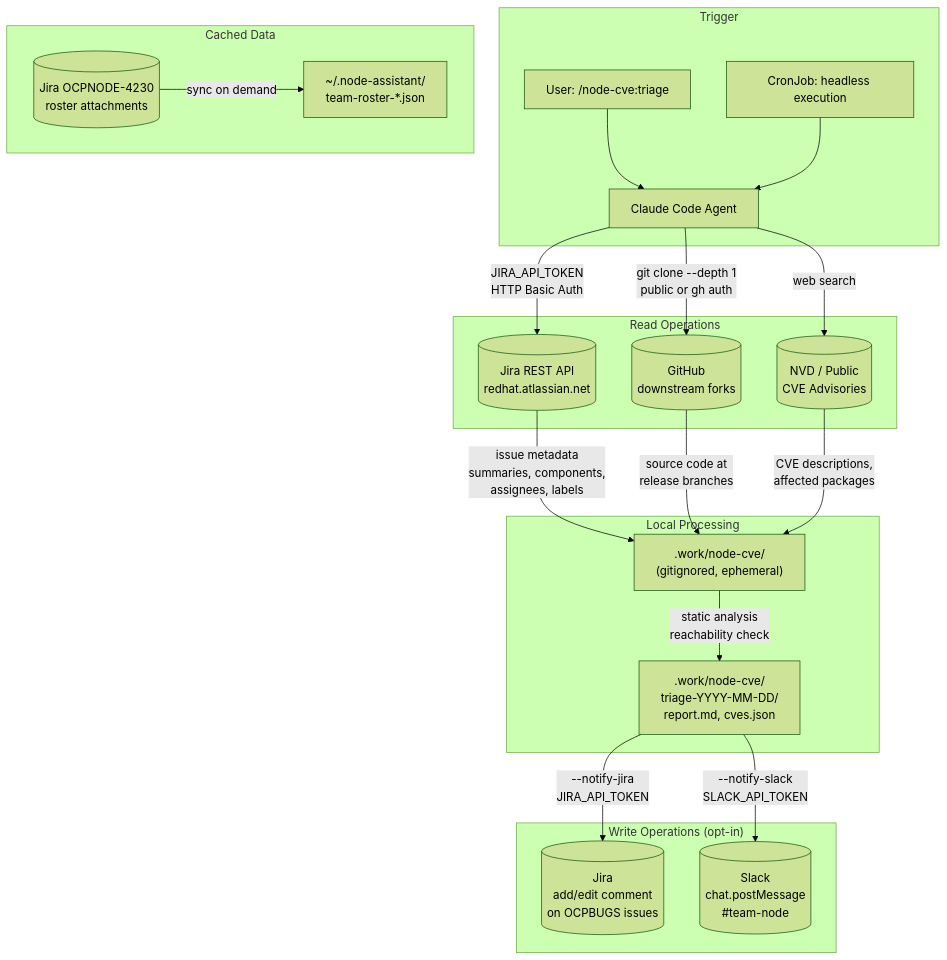
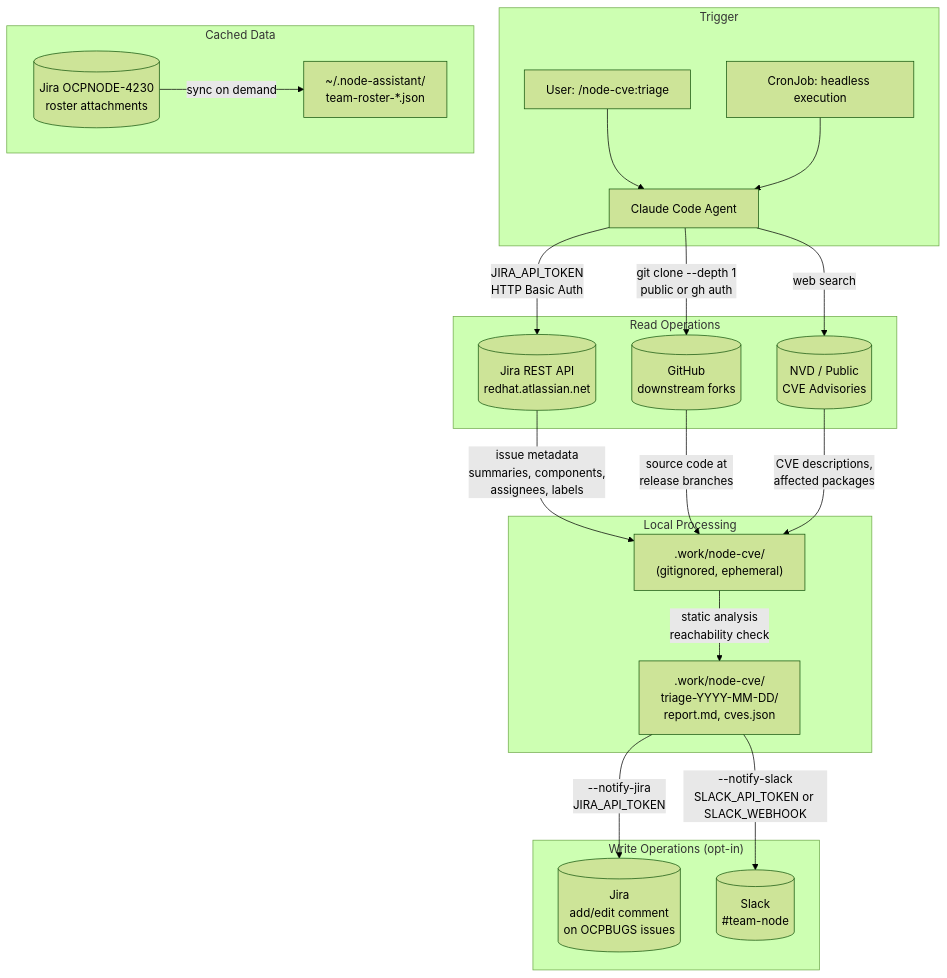
Before and after one commit to openshift-eng/ai-helpers: the diagram in plugins/node-team/docs/compliance/dataflow.md, drawn with Mermaid (forest theme). The commit also changed other lines of this file and 4 other files, not shown here.

First line of the commit message:
node-team: document headless CronJob deployment in compliance docs

````diff
--- a/plugins/node-team/docs/compliance/dataflow.md
+++ b/plugins/node-team/docs/compliance/dataflow.md
@@ -7,31 +7,31 @@
 ```mermaid
 flowchart TD
     subgraph Trigger
         A1[User: /node-cve:triage] --> AGENT
         A2[CronJob: headless execution] --> AGENT
     end
 
     AGENT[Claude Code Agent]
 
     subgraph "Read Operations"
         AGENT -->|"JIRA_API_TOKEN<br/>HTTP Basic Auth"| JIRA_R[(Jira REST API<br/>redhat.atlassian.net)]
         AGENT -->|"git clone --depth 1<br/>public or gh auth"| GH[(GitHub<br/>downstream forks)]
         AGENT -->|"web search"| NVD[(NVD / Public<br/>CVE Advisories)]
     end
 
     subgraph "Local Processing"
         JIRA_R -->|"issue metadata<br/>summaries, components,<br/>assignees, labels"| LOCAL
         GH -->|"source code at<br/>release branches"| LOCAL[".work/node-cve/<br/>(gitignored, ephemeral)"]
         NVD -->|"CVE descriptions,<br/>affected packages"| LOCAL
         LOCAL -->|"static analysis<br/>reachability check"| REPORT[".work/node-cve/<br/>triage-YYYY-MM-DD/<br/>report.md, cves.json"]
     end
 
     subgraph "Write Operations (opt-in)"
         REPORT -->|"--notify-jira<br/>JIRA_API_TOKEN"| JIRA_W[(Jira<br/>add/edit comment<br/>on OCPBUGS issues)]
-        REPORT -->|"--notify-slack<br/>SLACK_API_TOKEN"| SLACK[(Slack<br/>chat.postMessage<br/>#team-node)]
+        REPORT -->|"--notify-slack<br/>SLACK_API_TOKEN or SLACK_WEBHOOK"| SLACK[(Slack<br/>#team-node)]
     end
 
     subgraph "Cached Data"
         ROSTER[(Jira OCPNODE-4230<br/>roster attachments)] -->|"sync on demand"| CACHE["~/.node-assistant/<br/>team-roster-*.json"]
     end
 ```
````
